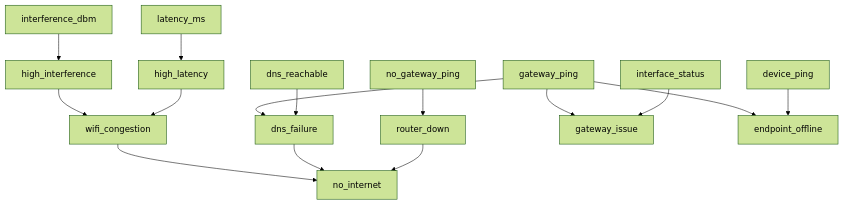
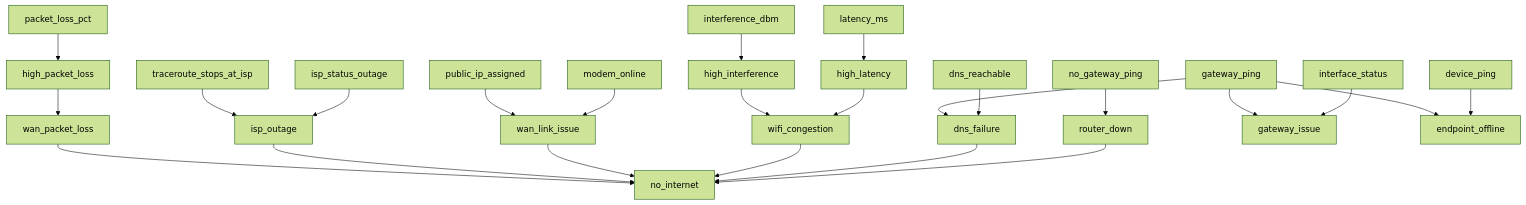
The diagram in README.md (sedegah/NetSage), drawn with Mermaid (forest theme) before and after one commit. The commit also changed other lines of this file and 4 other files, not shown here.

````diff
--- a/README.md
+++ b/README.md
@@ -21,14 +24,20 @@
 ```mermaid
 flowchart TD
   no_gateway_ping --> router_down --> no_internet
   dns_reachable --> dns_failure --> no_internet
   gateway_ping --> dns_failure
 
   latency_ms --> high_latency --> wifi_congestion --> no_internet
   interference_dbm --> high_interference --> wifi_congestion
 
+  modem_online --> wan_link_issue --> no_internet
+  public_ip_assigned --> wan_link_issue
+  isp_status_outage --> isp_outage --> no_internet
+  packet_loss_pct --> high_packet_loss --> wan_packet_loss --> no_internet
+  traceroute_stops_at_isp --> isp_outage
+
   interface_status --> gateway_issue
   gateway_ping --> gateway_issue
   device_ping --> endpoint_offline
   gateway_ping --> endpoint_offline
 ```
````
